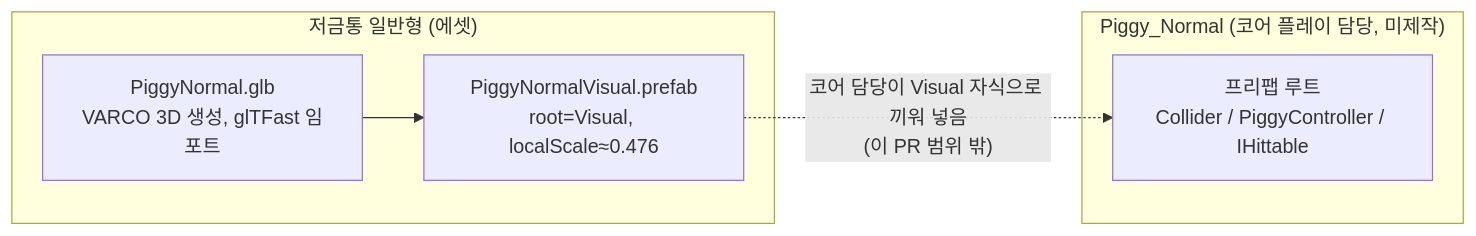
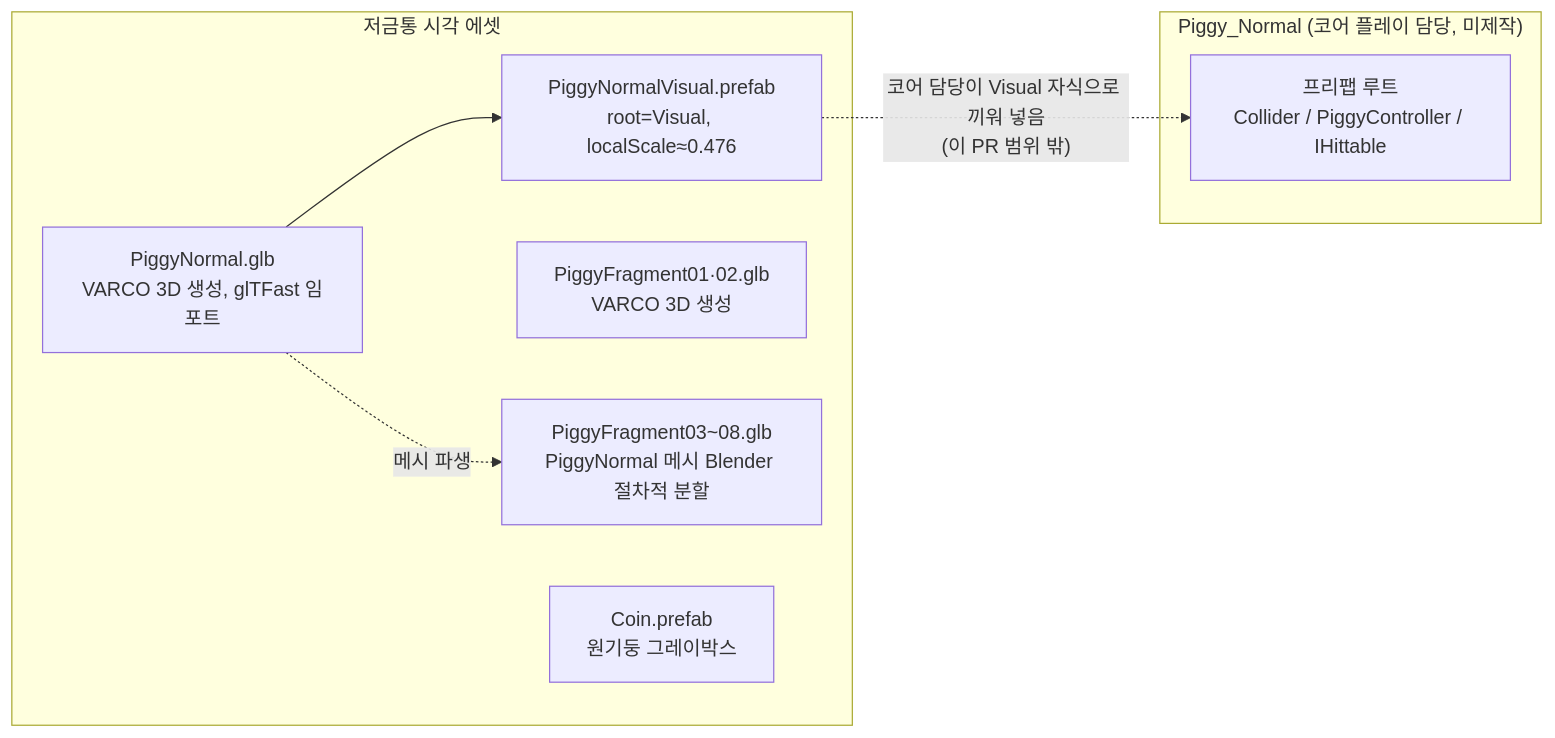
One commit to KDNA-Gwangju-1/NCAIClicker changed the diagram in docs/TECH_NOTES/piggy-normal-asset.md. Above: the diagram before and after it, drawn with Mermaid. The commit also changed other lines of this file, not shown here.

First line of the commit message:
docs: 저금통 파편·코인 에셋 기술 문서 보강 (#9) (#204)

````diff
--- a/docs/TECH_NOTES/piggy-normal-asset.md
+++ b/docs/TECH_NOTES/piggy-normal-asset.md
@@ -27,12 +39,16 @@
 ```mermaid
 flowchart LR
-  subgraph Asset["저금통 일반형 (에셋)"]
+  subgraph Asset["저금통 시각 에셋"]
     glb["PiggyNormal.glb<br/>VARCO 3D 생성, glTFast 임포트"]
     visual["PiggyNormalVisual.prefab<br/>root=Visual, localScale≈0.476"]
+    frag12["PiggyFragment01·02.glb<br/>VARCO 3D 생성"]
+    frag38["PiggyFragment03~08.glb<br/>PiggyNormal 메시 Blender 절차적 분할"]
+    coin["Coin.prefab<br/>원기둥 그레이박스"]
     glb --> visual
+    glb -. "메시 파생" .-> frag38
   end
   subgraph Core["Piggy_Normal (코어 플레이 담당, 미제작)"]
     root["프리팹 루트<br/>Collider / PiggyController / IHittable"]
   end
   visual -. "코어 담당이 Visual 자식으로 끼워 넣음<br/>(이 PR 범위 밖)" .-> root
 ```
````
